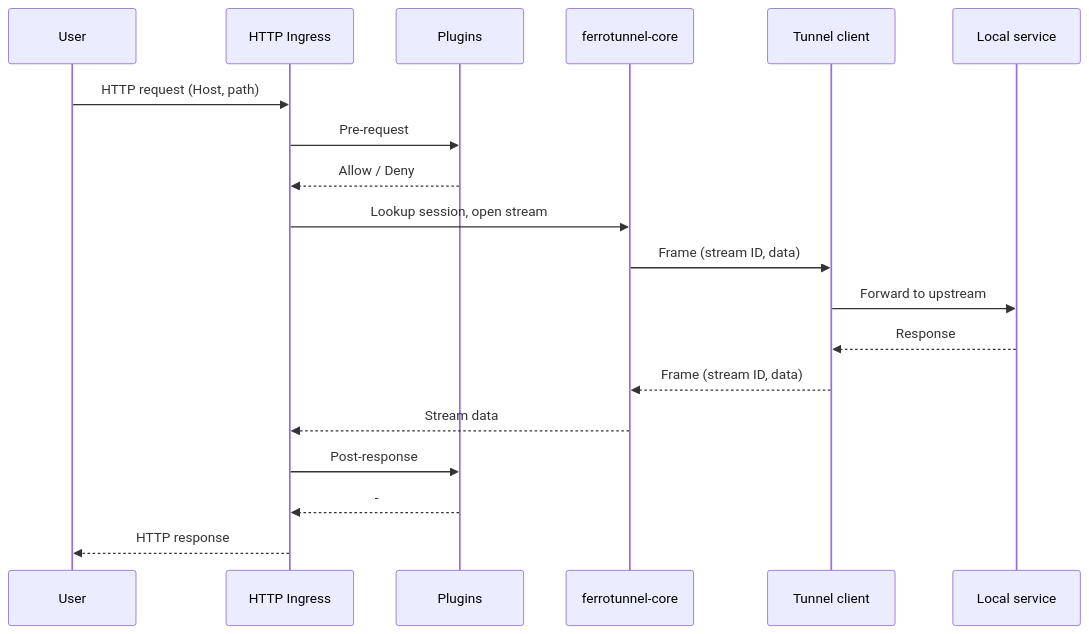
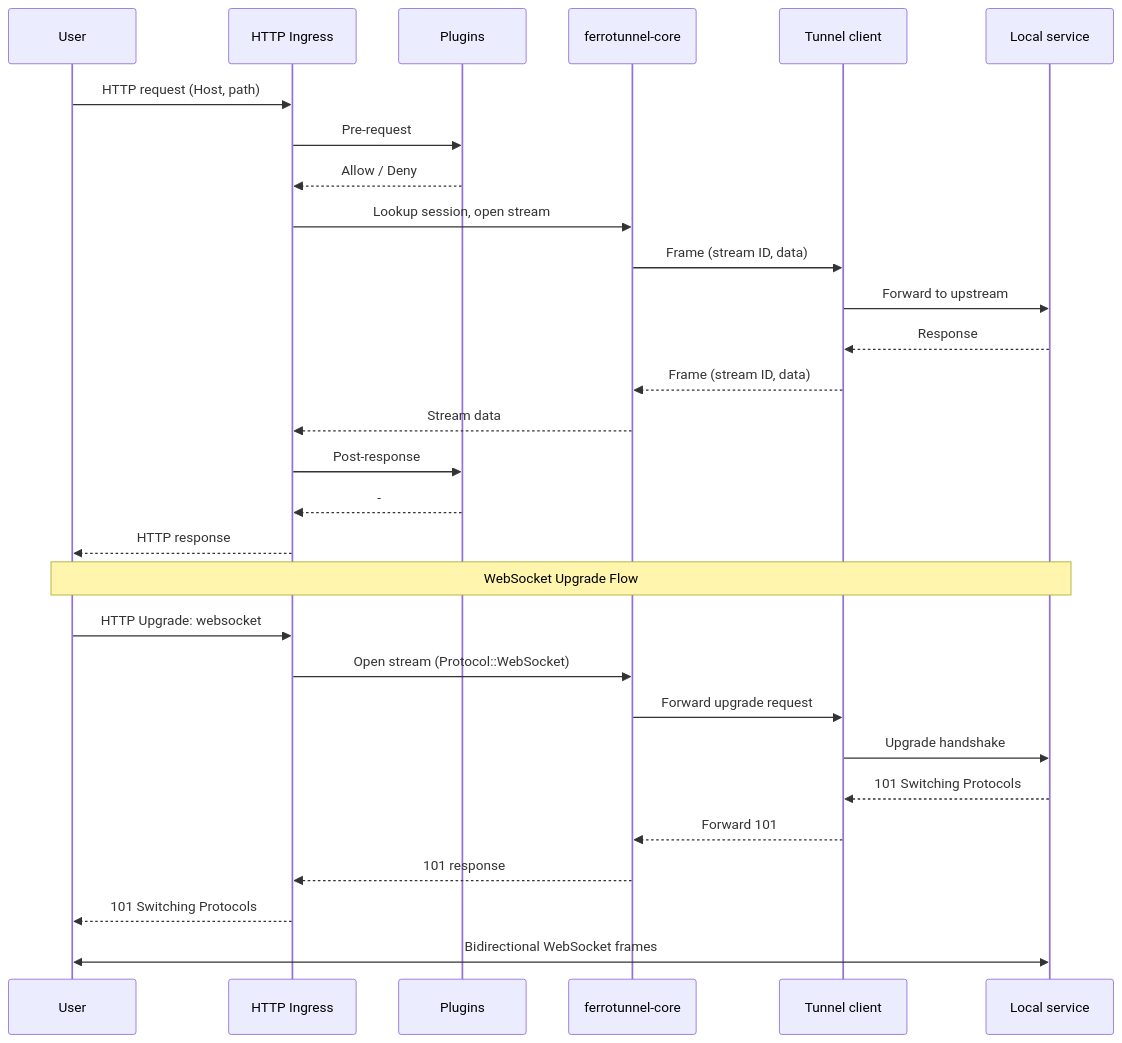
Before and after one commit to MitulShah1/ferrotunnel: the third of 4 diagrams in docs/ARCHITECTURE.md, drawn with Mermaid. The commit also changed other lines of this file and 19 other files, not shown here.

````diff
--- a/docs/ARCHITECTURE.md
+++ b/docs/ARCHITECTURE.md
@@ -280,22 +281,33 @@
 ```mermaid
 sequenceDiagram
     participant User
     participant Ingress as HTTP Ingress
     participant Plugin as Plugins
     participant Core as ferrotunnel-core
     participant Client as Tunnel client
     participant Backend as Local service
 
     User->>Ingress: HTTP request (Host, path)
     Ingress->>Plugin: Pre-request
     Plugin-->>Ingress: Allow / Deny
     Ingress->>Core: Lookup session, open stream
     Core->>Client: Frame (stream ID, data)
     Client->>Backend: Forward to upstream
     Backend-->>Client: Response
     Client-->>Core: Frame (stream ID, data)
     Core-->>Ingress: Stream data
     Ingress->>Plugin: Post-response
     Plugin-->>Ingress: -
     Ingress-->>User: HTTP response
+
+    Note over User,Backend: WebSocket Upgrade Flow
+    User->>Ingress: HTTP Upgrade: websocket
+    Ingress->>Core: Open stream (Protocol::WebSocket)
+    Core->>Client: Forward upgrade request
+    Client->>Backend: Upgrade handshake
+    Backend-->>Client: 101 Switching Protocols
+    Client-->>Core: Forward 101
+    Core-->>Ingress: 101 response
+    Ingress-->>User: 101 Switching Protocols
+    User<<->>Backend: Bidirectional WebSocket frames
 ```
````
